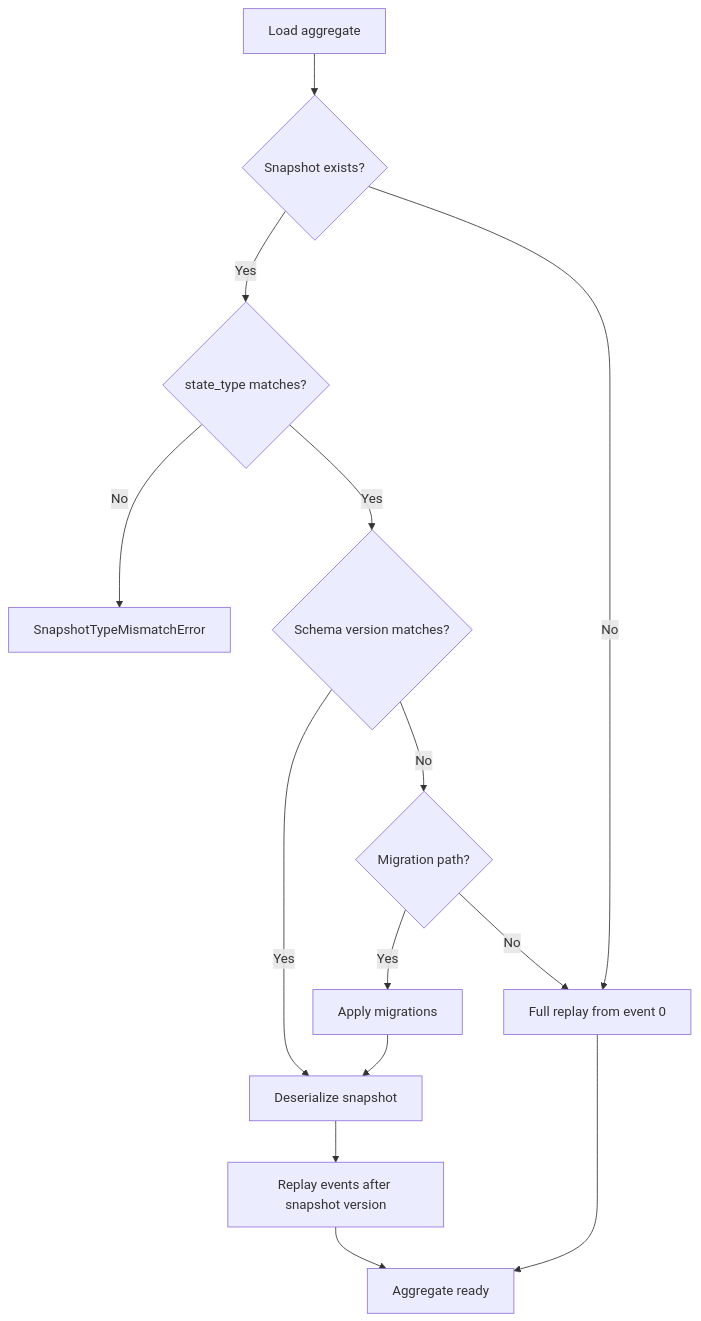
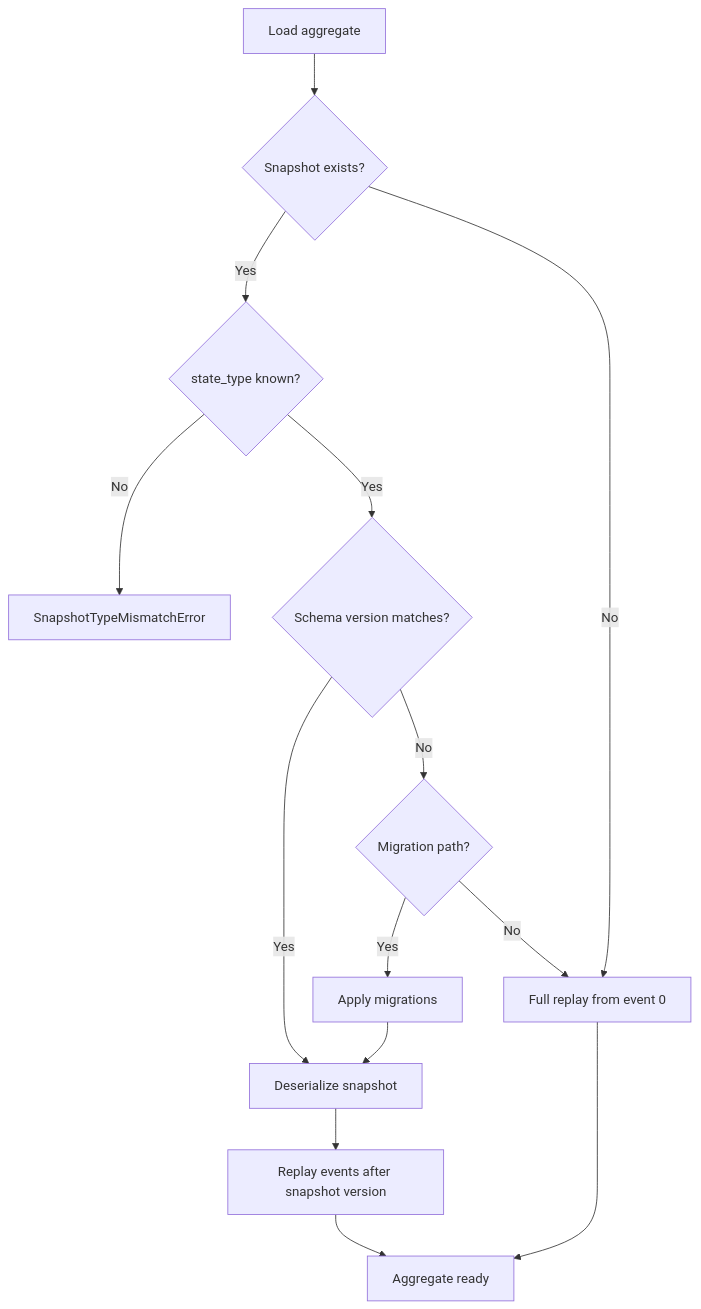
Before and after one commit to waku-py/waku: the first of 2 diagrams in docs/features/eventsourcing/snapshots.md, drawn with Mermaid. The commit also changed other lines of this file and 7 other files, not shown here.

````diff
--- a/docs/features/eventsourcing/snapshots.md
+++ b/docs/features/eventsourcing/snapshots.md
@@ -105,15 +122,15 @@
 ```mermaid
 graph TD
     L[Load aggregate] --> CS{Snapshot exists?}
-    CS -->|Yes| ST{state_type matches?}
+    CS -->|Yes| ST{state_type known?}
     ST -->|No| ERR[SnapshotTypeMismatchError]
     ST -->|Yes| SV{Schema version matches?}
     SV -->|Yes| DS[Deserialize snapshot]
     SV -->|No| MG{Migration path?}
     MG -->|Yes| AP[Apply migrations] --> DS
     MG -->|No| FR
     DS --> RE[Replay events after snapshot version]
     RE --> A[Aggregate ready]
     CS -->|No| FR[Full replay from event 0]
     FR --> A
 ```
````
